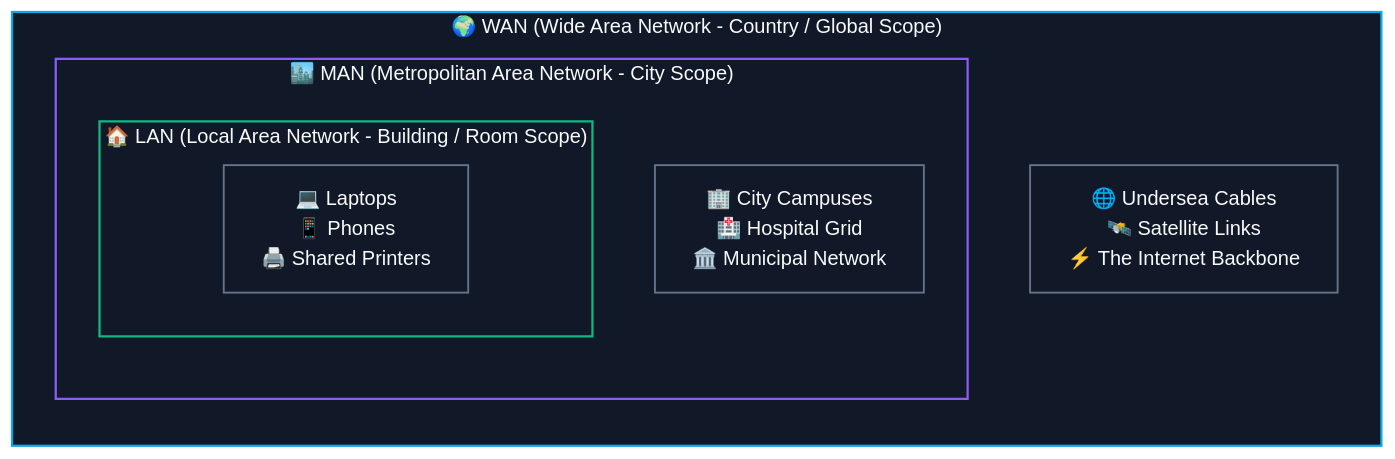
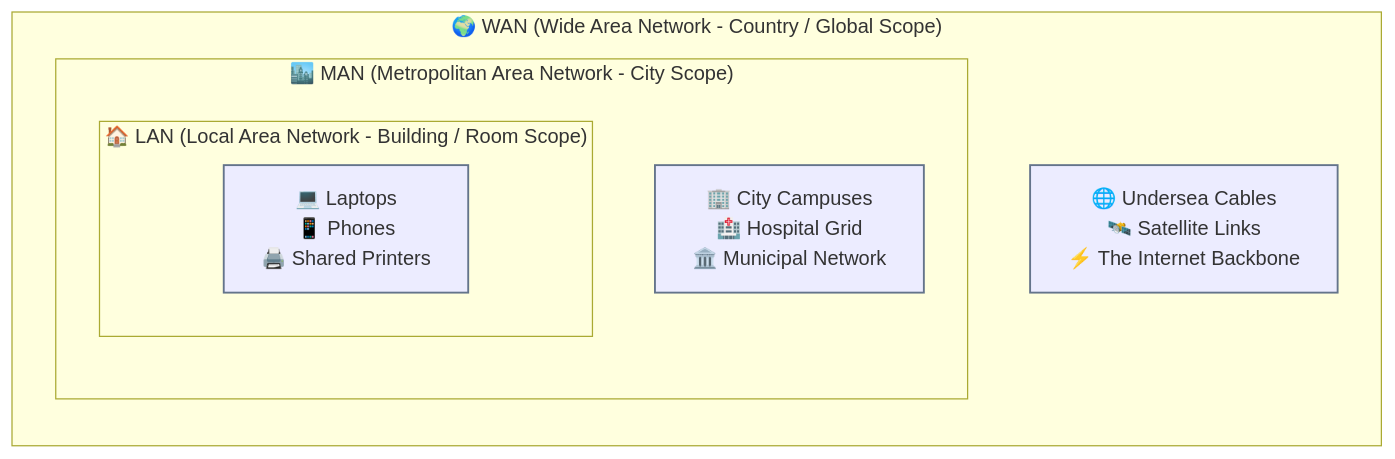
One commit to abhinavbharti2345/CS_Notes changed the third of 5 diagrams in CS/Computer Networking/01. Architecture & Fundamentals/01. Introduction to Computer Networks.md. Above: the diagram before and after it, drawn with Mermaid. The commit also changed other lines of this file and 91 other files, not shown here.

````diff
--- a/CS/Computer Networking/01. Architecture & Fundamentals/01. Introduction to Computer Networks.md
+++ b/CS/Computer Networking/01. Architecture & Fundamentals/01. Introduction to Computer Networks.md
@@ -95,25 +93,21 @@
 ```mermaid
-%%{init: {'theme': 'base', 'themeVariables': { 'darkMode': true, 'background': '#0B0F14', 'mainBkg': '#111827', 'primaryColor': '#111827', 'primaryTextColor': '#F8FAFC', 'primaryBorderColor': '#38BDF8', 'lineColor': '#64748B', 'secondaryColor': '#0B0F14', 'tertiaryColor': '#0B0F14', 'clusterBkg': '#0B0F14', 'clusterBorder': '#38BDF8' }}}%%
 graph TD
     subgraph WANGroup["🌍 WAN (Wide Area Network - Country / Global Scope)"]
         direction TB
         subgraph MANGroup["🏙️ MAN (Metropolitan Area Network - City Scope)"]
             direction TB
             subgraph LANGroup["🏠 LAN (Local Area Network - Building / Room Scope)"]
                 LANItems["💻 Laptops<br>📱 Phones<br>🖨️ Shared Printers"]
             end
             MANItems["🏢 City Campuses<br>🏥 Hospital Grid<br>🏛️ Municipal Network"]
         end
         WANItems["🌐 Undersea Cables<br>🛰️ Satellite Links<br>⚡ The Internet Backbone"]
     end
 
-    classDef wan fill:#111827,stroke:#0ea5e9,stroke-width:1.8px,color:#F8FAFC;
-    classDef man fill:#111827,stroke:#8b5cf6,stroke-width:1.8px,color:#F8FAFC;
-    classDef lan fill:#111827,stroke:#10b981,stroke-width:1.8px,color:#F8FAFC;
-    classDef item fill:#111827,stroke:#64748b,stroke-width:1.5px,color:#F8FAFC;
+    classDef wan stroke:#0ea5e9,stroke-width:1.8px;
+    classDef man stroke:#8b5cf6,stroke-width:1.8px;
+    classDef lan stroke:#10b981,stroke-width:1.8px;
+    classDef item stroke:#64748b,stroke-width:1.5px;
 
-    class WANGroup wan;
-    class MANGroup man;
-    class LANGroup lan;
     class LANItems,MANItems,WANItems item;
 ```
````
